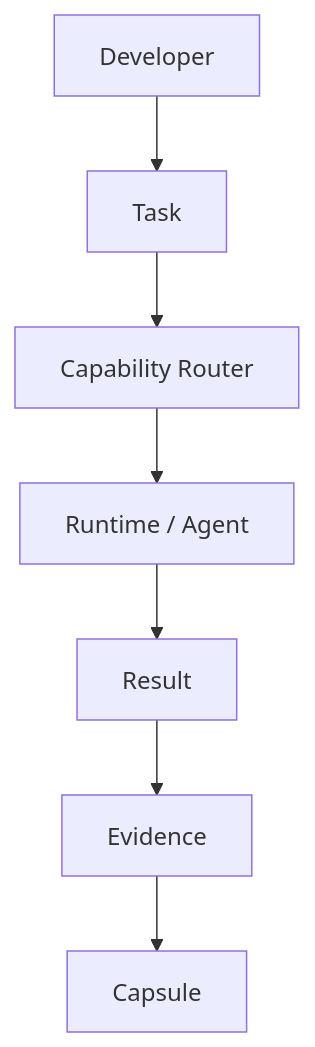
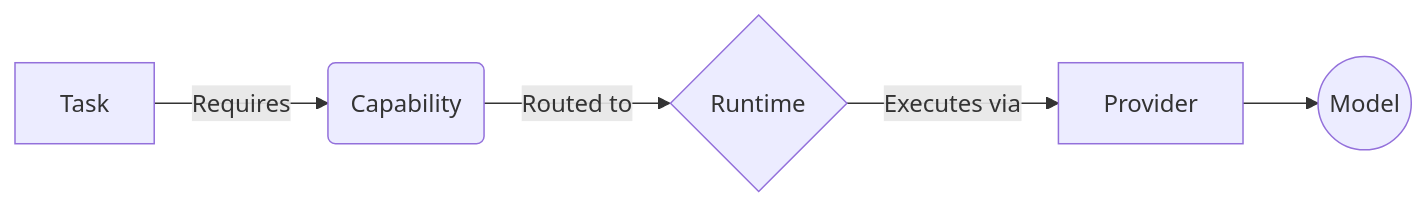
The diagram in README.md (Toxirrrr/CRTX), drawn with Mermaid before and after one commit. The commit also changed other lines of this file and 13 other files, not shown here.

````diff
--- a/README.md
+++ b/README.md
@@ -31,9 +20,7 @@
 ```mermaid
-flowchart TD
-    A[Developer] --> B[Task]
-    B --> C[Capability Router]
-    C --> D[Runtime / Agent]
-    D --> E[Result]
-    E --> F[Evidence]
-    F --> G[Capsule]
+flowchart LR
+    A[Task] -->|Requires| B(Capability)
+    B -->|Routed to| C{Runtime}
+    C -->|Executes via| D[Provider]
+    D --> E((Model))
 ```
````
